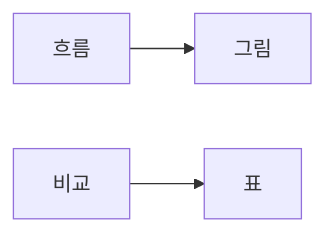
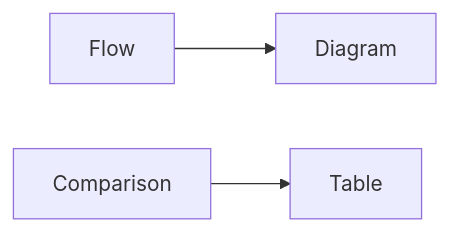
One commit to yeongseon-books/book-content changed the first of 3 diagrams in content/technical-writing-101/ko/06-using-figures-and-tables.md. Above: the diagram before and after it, drawn with Mermaid. The commit also changed other lines of this file and 9 other files, not shown here.

````diff
--- a/content/technical-writing-101/ko/06-using-figures-and-tables.md
+++ b/content/technical-writing-101/ko/06-using-figures-and-tables.md
@@ -48,5 +50,5 @@
 ```mermaid
 flowchart LR
-    F[흐름] --> Img[그림]
-    C[비교] --> Tbl[표]
+    F[Flow] --> Img[Diagram]
+    C[Comparison] --> Tbl[Table]
 ```
````
